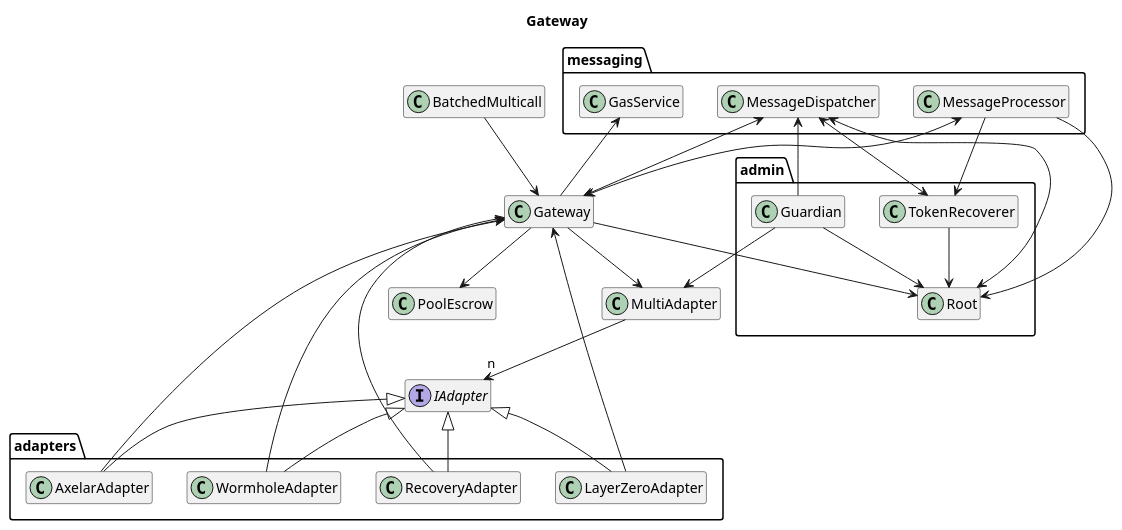
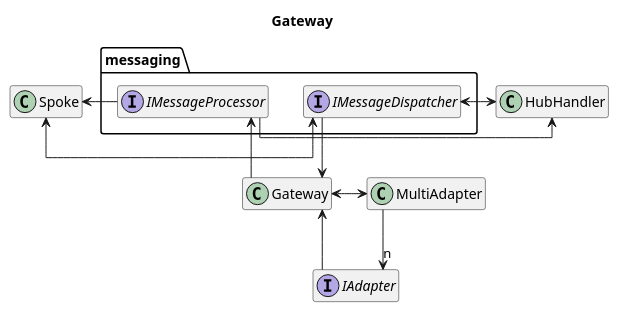
One commit to centrifuge/protocol changed the diagram in docs/architecture/core/gateway.puml. Above: the diagram before and after it, drawn with PlantUML. The commit also changed 2 other files, not shown here.

```diff
--- a/docs/architecture/core/gateway.puml
+++ b/docs/architecture/core/gateway.puml
@@ -1,64 +1,32 @@
 @startuml gateway
 title Gateway
 hide empty members
 
+skinparam linetype ortho
+
 package messaging {
-    class MessageDispatcher
-    class MessageProcessor
-    class GasService
-}
-
-package admin {
-    class Guardian
-    class Root
-    class TokenRecoverer
-}
-
-package adapters {
-    class AxelarAdapter
-    class WormholeAdapter
-    class LayerZeroAdapter
-    class RecoveryAdapter
+    interface IMessageDispatcher
+    interface IMessageProcessor
 }
 
 class Gateway
-class BatchedMulticall
 class MultiAdapter
-class PoolEscrow
+class Spoke
+class HubHandler
 
 interface IAdapter
 
-BatchedMulticall --> Gateway
+Spoke <-> IMessageDispatcher
+HubHandler <-> IMessageDispatcher
+IMessageProcessor --> HubHandler
+IMessageProcessor --> Spoke
 
-Gateway --> GasService
-Gateway --> Root
-Gateway --> MultiAdapter
-Gateway --> PoolEscrow
+IMessageDispatcher --> Gateway
+
+Gateway --> IMessageProcessor
+Gateway <-> MultiAdapter
 
 MultiAdapter --> "n" IAdapter
-
-IAdapter <|-- AxelarAdapter
-IAdapter <|-- WormholeAdapter
-IAdapter <|-- LayerZeroAdapter
-IAdapter <|-- RecoveryAdapter
-
-AxelarAdapter --> Gateway
-WormholeAdapter --> Gateway
-LayerZeroAdapter --> Gateway
-RecoveryAdapter --> Gateway
-
-MessageProcessor --> Root
-MessageProcessor --> TokenRecoverer
-MessageProcessor <--> Gateway
-
-MessageDispatcher <--> Root
-MessageDispatcher <--> TokenRecoverer
-MessageDispatcher <--> Gateway
-
-Guardian --> Root
-Guardian --> MessageDispatcher
-Guardian --> MultiAdapter
-
-TokenRecoverer --> Root
+IAdapter --> Gateway
 
 @enduml
```
